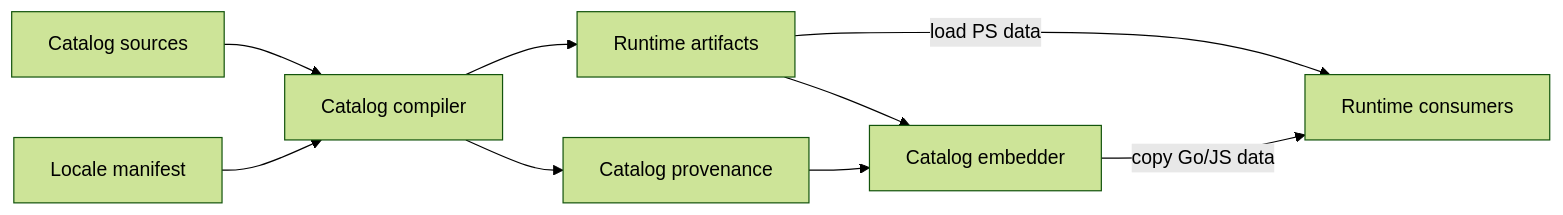
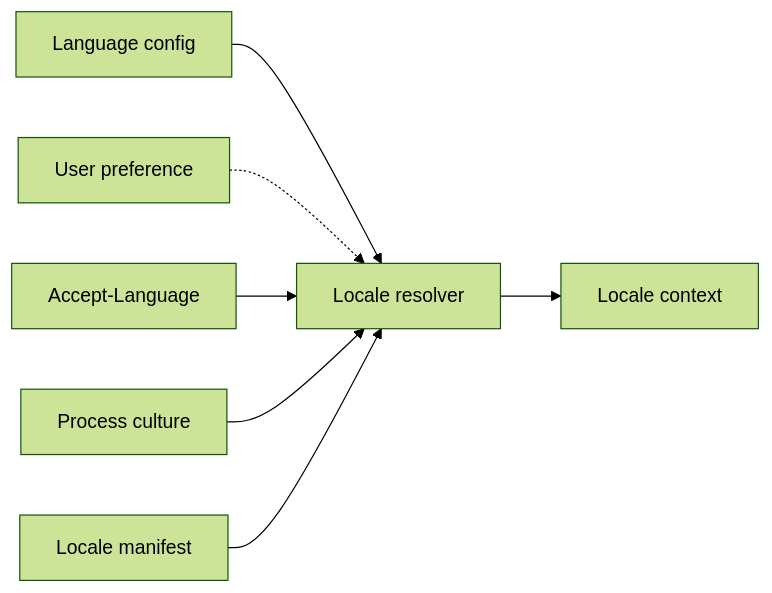
The first of 4 diagrams in docs/design/07-globalization.md (alissonsol/yuruna), drawn with Mermaid (forest theme) before and after one commit. The commit also changed other lines of this file and 901 other files, not shown here.

````diff
--- a/docs/design/07-globalization.md
+++ b/docs/design/07-globalization.md
@@ -48,19 +24,10 @@
 ```mermaid
 flowchart LR
-  catalog-sources["Catalog sources"]
-  locale-manifest["Locale manifest"]
-  invoke-catalog-compile["Catalog compiler"]
-  generated-catalogs["Runtime artifacts"]
-  catalog-set["Catalog provenance"]
-  invoke-catalog-embed["Catalog embedder"]
-  runtime-consumers["Runtime consumers"]
-
-  catalog-sources --> invoke-catalog-compile
-  locale-manifest --> invoke-catalog-compile
-  invoke-catalog-compile --> generated-catalogs
-  invoke-catalog-compile --> catalog-set
-  generated-catalogs --> invoke-catalog-embed
-  catalog-set --> invoke-catalog-embed
-  generated-catalogs -->|"load PS data"| runtime-consumers
-  invoke-catalog-embed -->|"copy Go/JS data"| runtime-consumers
+    language-config["Language config"] --> locale-resolver["Locale resolver"]
+    %% planned: live HTTP services do not supply user-preference
+    user-preference["User preference"] -.-> locale-resolver
+    accept-language["Accept-Language"] --> locale-resolver
+    process-culture["Process culture"] --> locale-resolver
+    locale-manifest["Locale manifest"] --> locale-resolver
+    locale-resolver --> locale-context["Locale context"]
 ```
````
